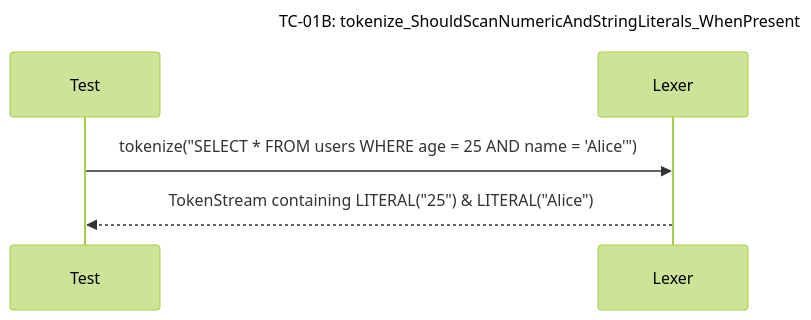
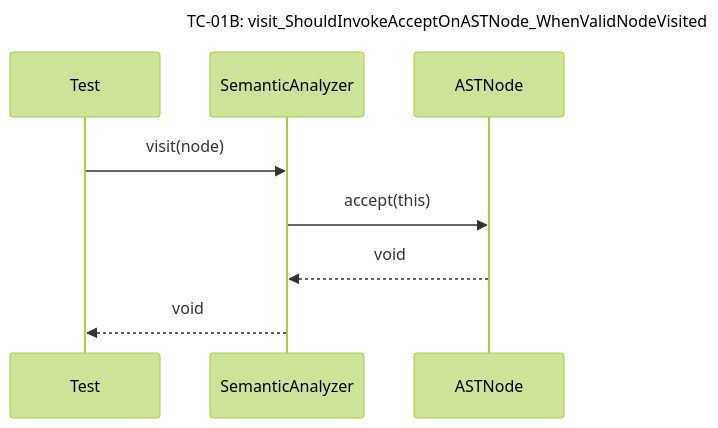
The third of 30 diagrams in docs/unit_test/query_prossor/SequeceTestCase.md (Dikhang1112/Database_Management_BBV), drawn with Mermaid (forest theme) before and after one commit. The commit also changed other lines of this file and 2 other files, not shown here.

Commit message:
Add unit test for senetic analysis

````diff
--- a/docs/unit_test/query_prossor/SequeceTestCase.md
+++ b/docs/unit_test/query_prossor/SequeceTestCase.md
@@ -38,9 +50,12 @@
 ```mermaid
 sequenceDiagram
-    title TC-01B: tokenize_ShouldScanNumericAndStringLiterals_WhenPresent
+    title TC-01B: visit_ShouldInvokeAcceptOnASTNode_WhenValidNodeVisited
     participant Test
-    participant Lexer
+    participant SemanticAnalyzer
+    participant ASTNode
 
-    Test->>Lexer: tokenize("SELECT * FROM users WHERE age = 25 AND name = 'Alice'")
-    Lexer-->>Test: TokenStream containing LITERAL("25") & LITERAL("Alice")
+    Test->>SemanticAnalyzer: visit(node)
+    SemanticAnalyzer->>ASTNode: accept(this)
+    ASTNode-->>SemanticAnalyzer: void
+    SemanticAnalyzer-->>Test: void
 ```
````
